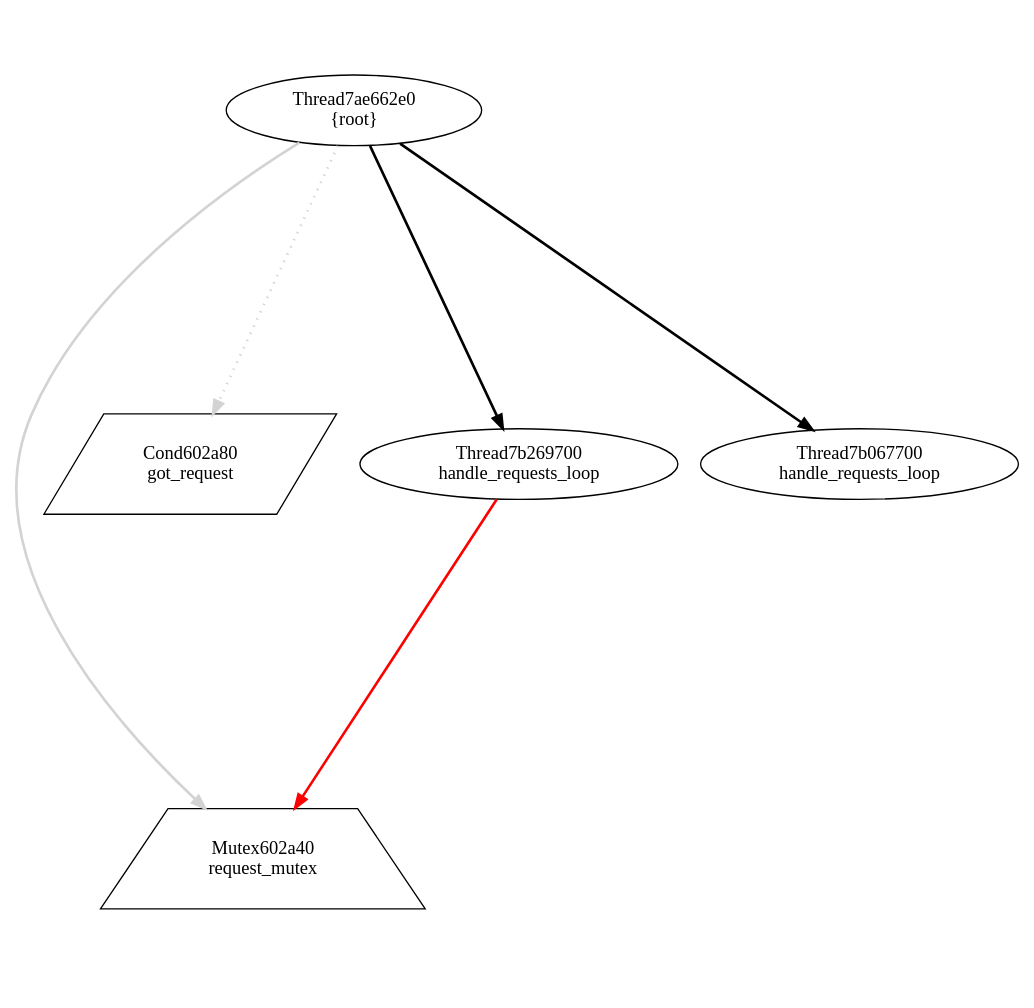
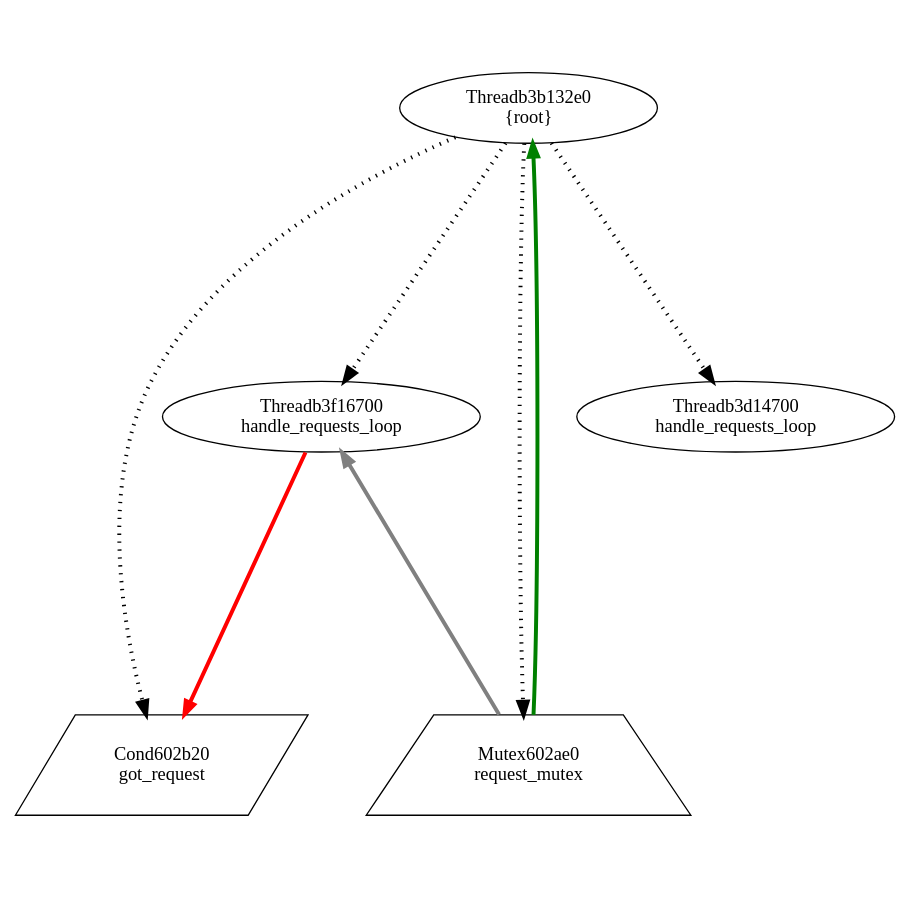
Before and after one commit to v4o6/cs410: the diagram in view/dot/graph015.dot, drawn with Graphviz. The commit also changed 109 other files, not shown here.

```diff
--- a/view/dot/graph015.dot
+++ b/view/dot/graph015.dot
@@ -1,13 +1,15 @@
 digraph G {
 graph[center=true, ratio=1];
-Mutex602a40 [shape=trapezium,color=black,label="Mutex602a40\nrequest_mutex"];
-Cond602a80 [shape=parallelogram,color=black,label="Cond602a80\ngot_request"];
-Thread7ae662e0 [color=black,label="Thread7ae662e0\n{root}"];
-Thread7ae662e0 -> Mutex602a40 [arrowhead=normal,color=lightgray,penwidth=2];
-Thread7ae662e0 -> Cond602a80 [style=dotted,color=lightgray,penwidth=2];
-Thread7ae662e0 -> Thread7b269700 [arrowhead=normal,penwidth=2];
-Thread7ae662e0 -> Thread7b067700 [arrowhead=normal,penwidth=2];
-Thread7b269700 [color=black,label="Thread7b269700\nhandle_requests_loop"];
-Thread7b269700 -> Mutex602a40 [arrowhead=normal,color=red,penwidth=2];
-Thread7b067700 [color=black,label="Thread7b067700\nhandle_requests_loop"];
+Threadb3f16700 [color=black,label="Threadb3f16700\nhandle_requests_loop"];
+Threadb3f16700 -> Cond602b20 [arrowhead=normal,color=red,penwidth=3];
+Threadb3f16700 -> Mutex602ae0 [arrowhead=normal,color=grey,dir=back,penwidth=3];
+Threadb3d14700 [color=black,label="Threadb3d14700\nhandle_requests_loop"];
+Threadb3b132e0 [color=black,label="Threadb3b132e0\n{root}"];
+Threadb3b132e0 -> Mutex602ae0 [style=dotted,arrowhead=normal,penwidth=3];
+Threadb3b132e0 -> Cond602b20 [style=dotted,arrowhead=normal,penwidth=3];
+Threadb3b132e0 -> Threadb3d14700 [style=dotted,arrowhead=normal,penwidth=3];
+Threadb3b132e0 -> Threadb3f16700 [style=dotted,arrowhead=normal,penwidth=3];
+Threadb3b132e0 -> Mutex602ae0 [arrowhead=normal,color=green,dir=back,penwidth=3];
+Cond602b20 [shape=parallelogram,color=black,label="Cond602b20\ngot_request"];
+Mutex602ae0 [shape=trapezium,color=black,label="Mutex602ae0\nrequest_mutex"];
 }
```
